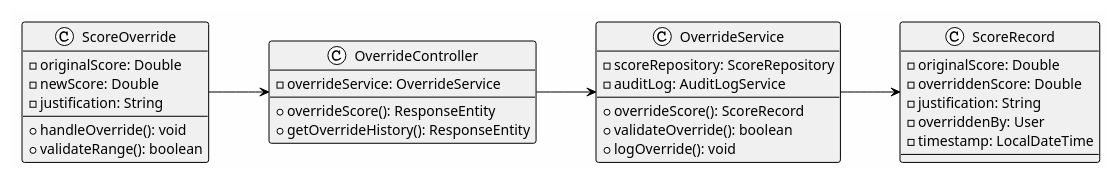
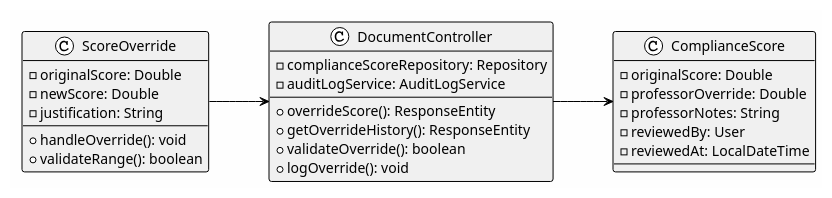
Before and after one commit to lawas-tess/SPMP-Evaluator: the fifth of 8 diagrams in Capstone Files/Module4.md, drawn with PlantUML. The commit also changed other lines of this file and 8 other files, not shown here.

Commit message:
Add AI integration architecture docs, PlantUML diagrams, and presentation script; Update modules with hybrid AI approach; Switch to Amazon Nova model with timeout protection

````diff
--- a/Capstone Files/Module4.md
+++ b/Capstone Files/Module4.md
@@ -615,45 +609,38 @@
 ```plantuml
 @startuml ScoreOverride_ClassDiagram
 !theme plain
 left to right direction
 skinparam backgroundColor #FEFEFE
 skinparam classBackgroundColor #F0F0F0
 
 class ScoreOverride {
   - originalScore: Double
   - newScore: Double
   - justification: String
   --
   + handleOverride(): void
   + validateRange(): boolean
 }
 
-class OverrideController {
-  - overrideService: OverrideService
+class DocumentController {
+  - complianceScoreRepository: Repository
+  - auditLogService: AuditLogService
   --
   + overrideScore(): ResponseEntity
   + getOverrideHistory(): ResponseEntity
-}
-
-class OverrideService {
-  - scoreRepository: ScoreRepository
-  - auditLog: AuditLogService
-  --
-  + overrideScore(): ScoreRecord
   + validateOverride(): boolean
   + logOverride(): void
 }
 
-class ScoreRecord {
+class ComplianceScore {
   - originalScore: Double
-  - overriddenScore: Double
-  - justification: String
-  - overriddenBy: User
-  - timestamp: LocalDateTime
+  - professorOverride: Double
+  - professorNotes: String
+  - reviewedBy: User
+  - reviewedAt: LocalDateTime
 }
 
-ScoreOverride --> OverrideController
-OverrideController --> OverrideService
-OverrideService --> ScoreRecord
+ScoreOverride --> DocumentController
+DocumentController --> ComplianceScore
 @enduml
 ```
````
